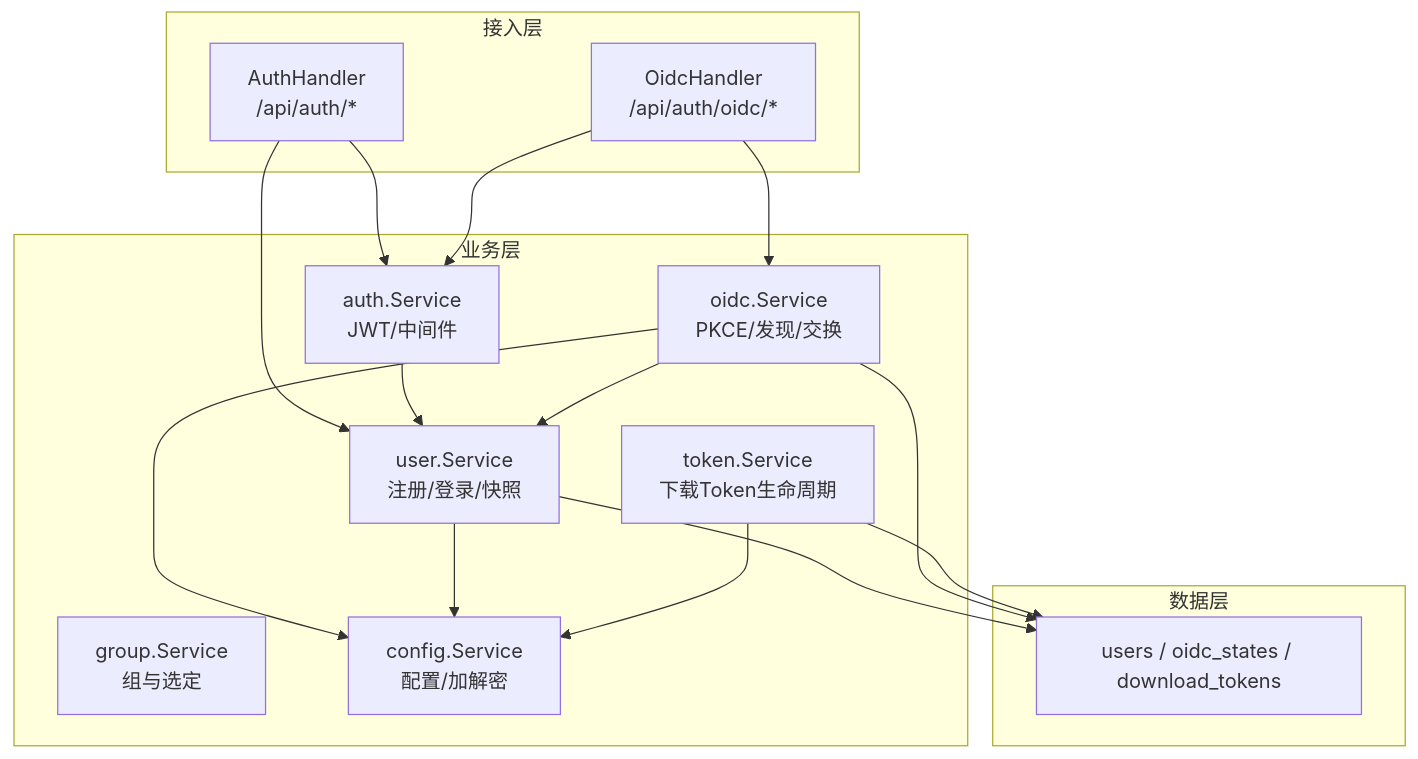
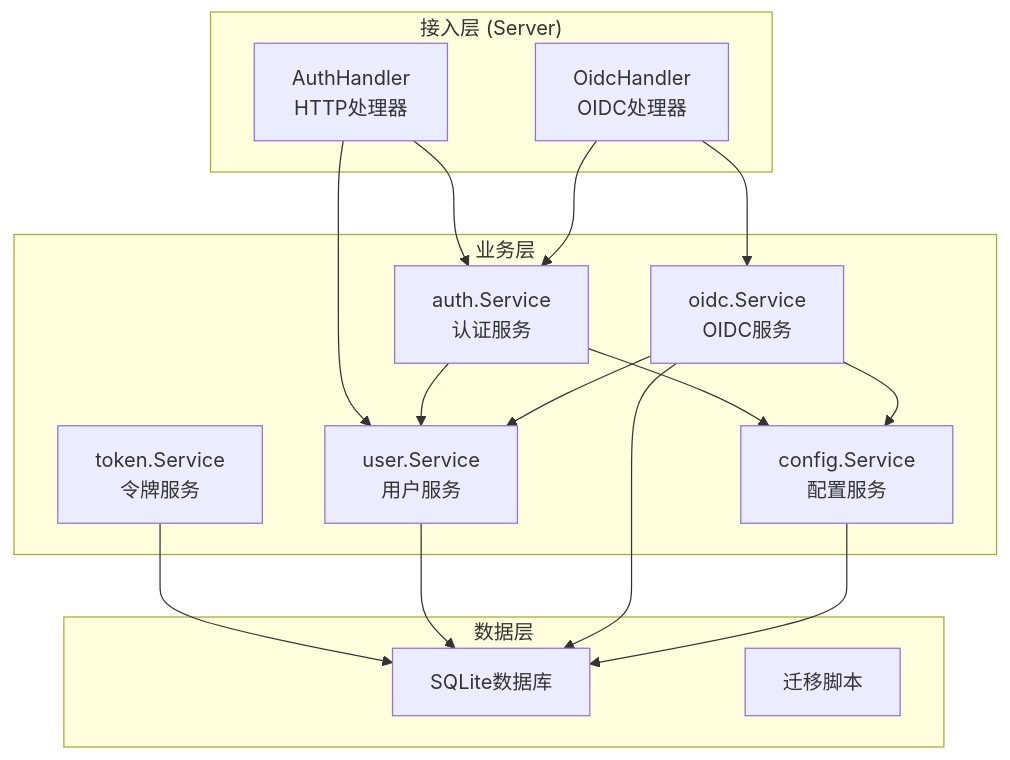
The first of 12 diagrams in .qoder/repowiki/zh/content/核心功能模块/认证与授权系统/认证与授权系统.md (AlcaProphet/VPN-Subscription-Management), drawn with Mermaid before and after one commit. The commit also changed other lines of this file and 8 other files, not shown here.

````diff
--- a/.qoder/repowiki/zh/content/核心功能模块/认证与授权系统/认证与授权系统.md
+++ b/.qoder/repowiki/zh/content/核心功能模块/认证与授权系统/认证与授权系统.md
@@ -42,30 +58,30 @@
 ```mermaid
 graph TB
-subgraph "接入层"
-A["AuthHandler<br/>/api/auth/*"]
-B["OidcHandler<br/>/api/auth/oidc/*"]
+subgraph "接入层 (Server)"
+A[AuthHandler<br/>HTTP处理器]
+B[OidcHandler<br/>OIDC处理器]
 end
 subgraph "业务层"
-C["auth.Service<br/>JWT/中间件"]
-D["user.Service<br/>注册/登录/快照"]
-E["oidc.Service<br/>PKCE/发现/交换"]
-F["group.Service<br/>组与选定"]
-G["token.Service<br/>下载Token生命周期"]
-H["config.Service<br/>配置/加解密"]
+C[auth.Service<br/>认证服务]
+D[user.Service<br/>用户服务]
+E[oidc.Service<br/>OIDC服务]
+F[token.Service<br/>令牌服务]
+G[config.Service<br/>配置服务]
 end
 subgraph "数据层"
-I["users / oidc_states / download_tokens"]
+H[SQLite数据库]
+I[迁移脚本]
 end
 A --> C
 A --> D
 B --> E
 B --> C
+C --> G
 C --> D
+E --> G
 E --> D
+F --> H
+D --> H
 E --> H
-D --> H
 G --> H
-D --> I
-E --> I
-G --> I
 ```
````
